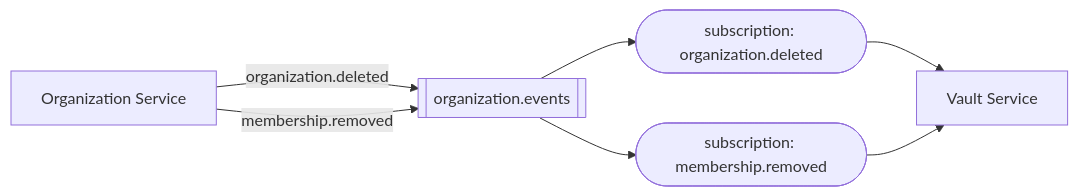
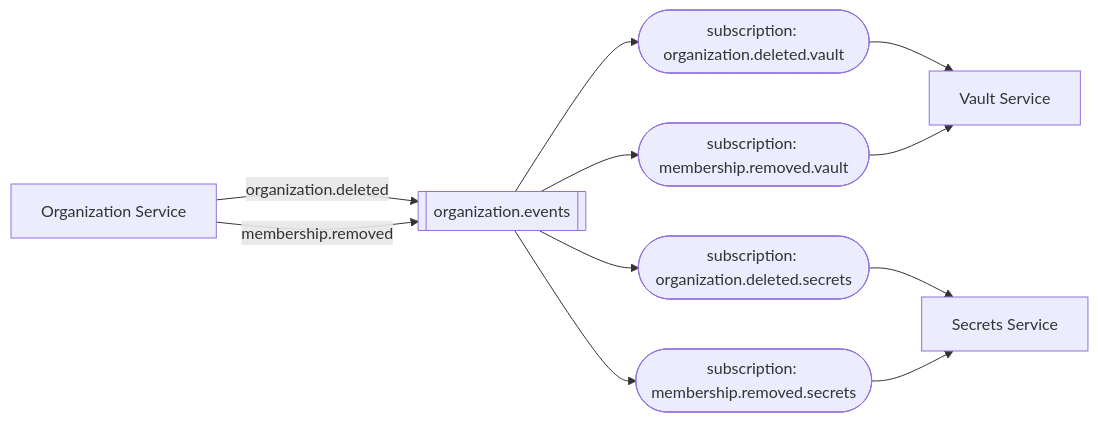
The second of 2 diagrams in docs/architecture/server/messaging/publishing-events.md (bitwarden/contributing-docs), drawn with Mermaid before and after one commit. The commit also changed other lines of this file, not shown here.

Commit message:
docs: Show two consuming services in the subscription diagram

````diff
--- a/docs/architecture/server/messaging/publishing-events.md
+++ b/docs/architecture/server/messaging/publishing-events.md
@@ -26,14 +26,21 @@
 ```mermaid
 flowchart LR
   org["Organization Service"]
   t_org[["organization.events"]]
-  s1(["subscription: organization.deleted"])
-  s2(["subscription: membership.removed"])
+  s1a(["subscription: organization.deleted.vault"])
+  s2a(["subscription: membership.removed.vault"])
+  s1b(["subscription: organization.deleted.secrets"])
+  s2b(["subscription: membership.removed.secrets"])
   vault["Vault Service"]
+  secrets["Secrets Service"]
   org -->|"organization.deleted"| t_org
   org -->|"membership.removed"| t_org
-  t_org --> s1
-  t_org --> s2
-  s1 --> vault
-  s2 --> vault
+  t_org --> s1a
+  t_org --> s2a
+  s1a --> vault
+  s2a --> vault
+  t_org --> s1b
+  t_org --> s2b
+  s1b --> secrets
+  s2b --> secrets
 ```
````
